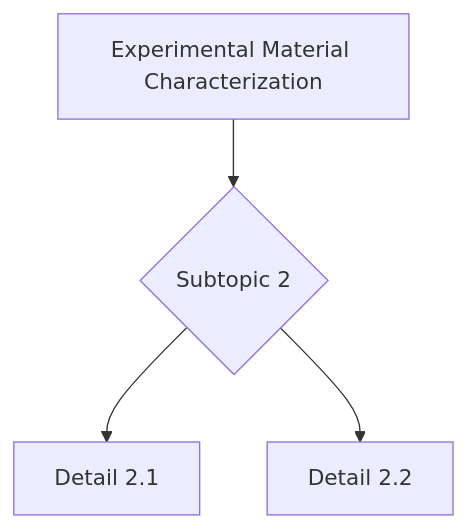
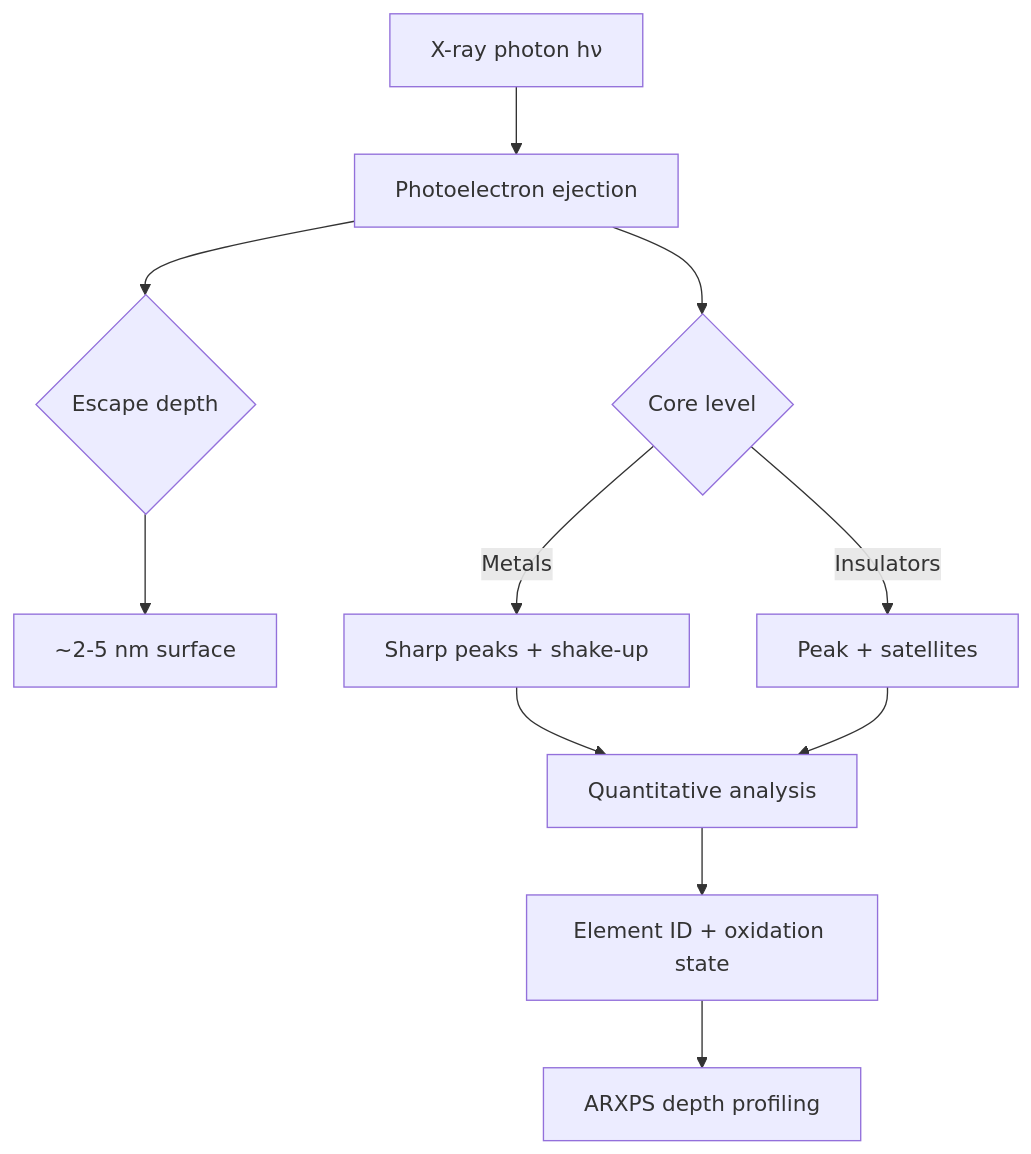
The fourth of 10 diagrams in 03_MSc_Physics/advanced_materials_concentration/MSPY_5220_Experimental_Material_Char/README.md (yip-lgtm/PhysicsSelfStudy), drawn with Mermaid before and after one commit. The commit also changed other lines of this file and 21 other files, not shown here.

````diff
--- a/03_MSc_Physics/advanced_materials_concentration/MSPY_5220_Experimental_Material_Char/README.md
+++ b/03_MSc_Physics/advanced_materials_concentration/MSPY_5220_Experimental_Material_Char/README.md
@@ -267,6 +274,13 @@
 ```mermaid
 graph TD
-    A[Experimental Material Characterization] --> B{Subtopic 2}
-    B --> C[Detail 2.1]
-    B --> D[Detail 2.2]
+    A[X-ray photon hν] --> B[Photoelectron ejection]
+    B --> C{Escape depth}
+    C --> D[~2-5 nm surface]
+    B --> E{Core level}
+    E -->|Metals| F[Sharp peaks + shake-up]
+    E -->|Insulators| G[Peak + satellites]
+    F --> H[Quantitative analysis]
+    G --> H
+    H --> I[Element ID + oxidation state]
+    I --> J[ARXPS depth profiling]
 ```
````
